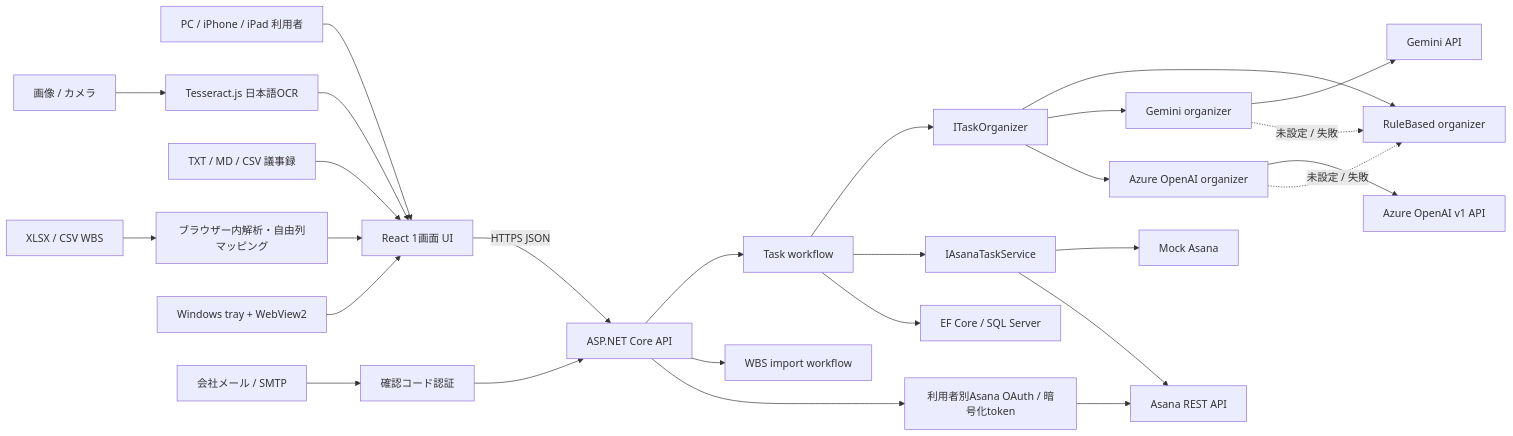
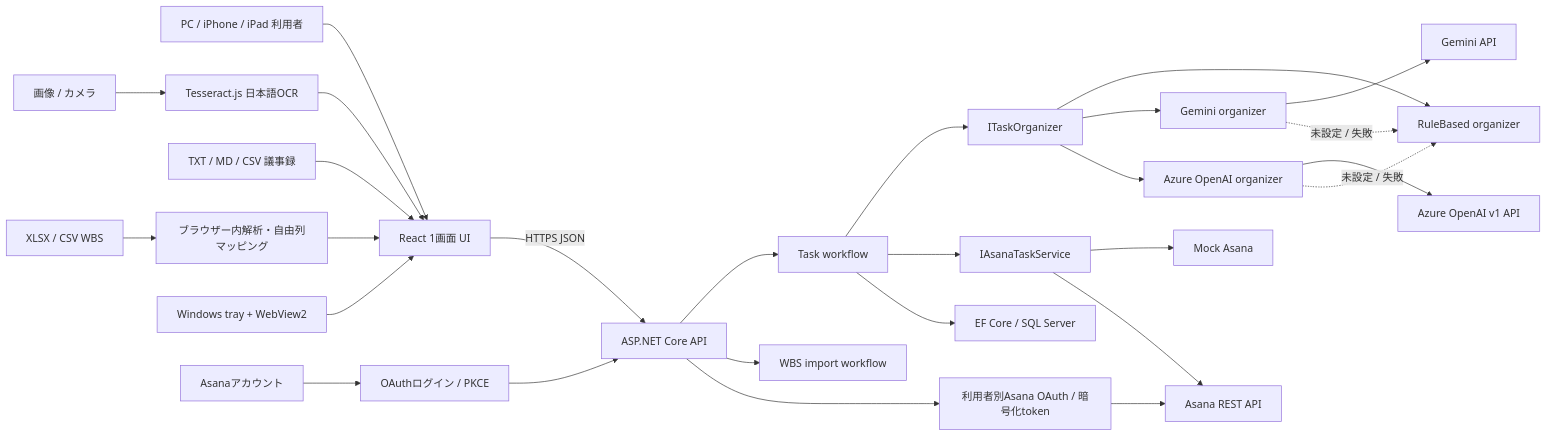
Before and after one commit to onishichimaki/Asana_App: the first of 4 diagrams in ARCHITECTURE.md, drawn with Mermaid. The commit also changed other lines of this file and 27 other files, not shown here.

````diff
--- a/ARCHITECTURE.md
+++ b/ARCHITECTURE.md
@@ -7,27 +7,27 @@
 ```mermaid
 flowchart LR
     User["PC / iPhone / iPad 利用者"] --> Web["React 1画面 UI"]
     Image["画像 / カメラ"] --> Ocr["Tesseract.js 日本語OCR"] --> Web
     Minutes["TXT / MD / CSV 議事録"] --> Web
     Wbs["XLSX / CSV WBS"] --> Parse["ブラウザー内解析・自由列マッピング"] --> Web
     Tray["Windows tray + WebView2"] --> Web
     Web -->|HTTPS JSON| Api["ASP.NET Core API"]
-    Email["会社メール / SMTP"] --> Auth["確認コード認証"]
+    AsanaIdentity["Asanaアカウント"] --> Auth["OAuthログイン / PKCE"]
     Auth --> Api
     Api --> Workflow["Task workflow"]
     Api --> WbsWorkflow["WBS import workflow"]
     Workflow --> Organizer["ITaskOrganizer"]
     Workflow --> Asana["IAsanaTaskService"]
     Workflow --> Db["EF Core / SQL Server"]
     Organizer --> Rule["RuleBased organizer"]
     Organizer --> Gemini["Gemini organizer"]
     Organizer --> Azure["Azure OpenAI organizer"]
     Gemini --> GeminiApi["Gemini API"]
     Azure --> AzureApi["Azure OpenAI v1 API"]
     Gemini -. "未設定 / 失敗" .-> Rule
     Azure -. "未設定 / 失敗" .-> Rule
     Asana --> Mock["Mock Asana"]
     Asana --> Real["Asana REST API"]
     Api --> OAuth["利用者別Asana OAuth / 暗号化token"]
     OAuth --> Real
 ```
````
